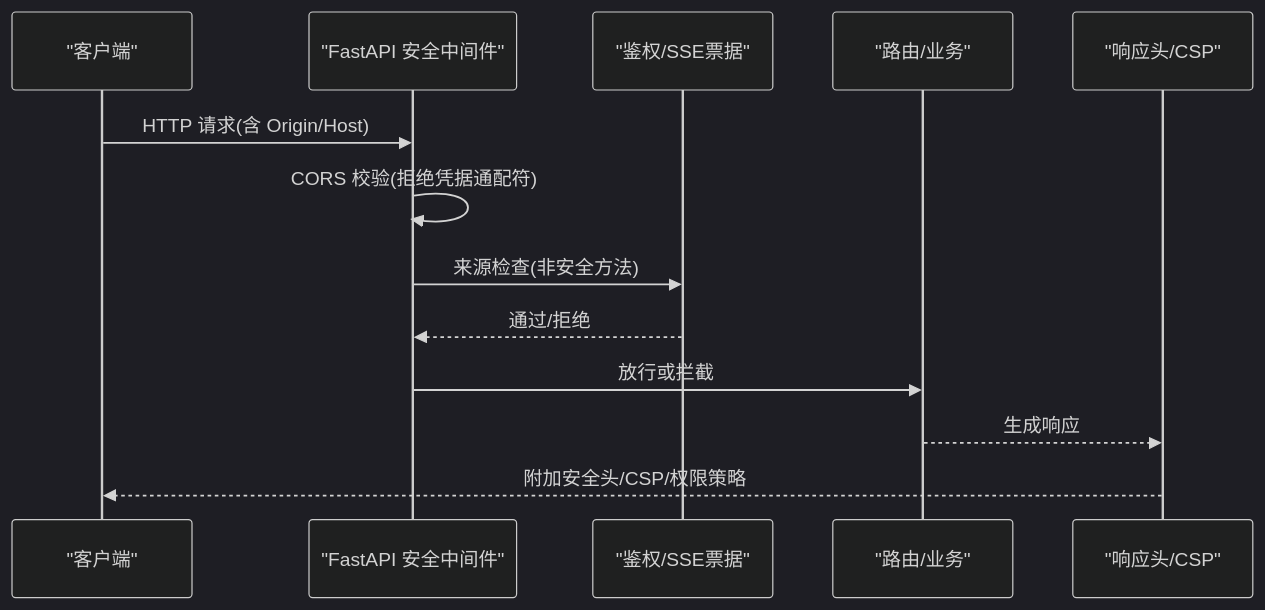
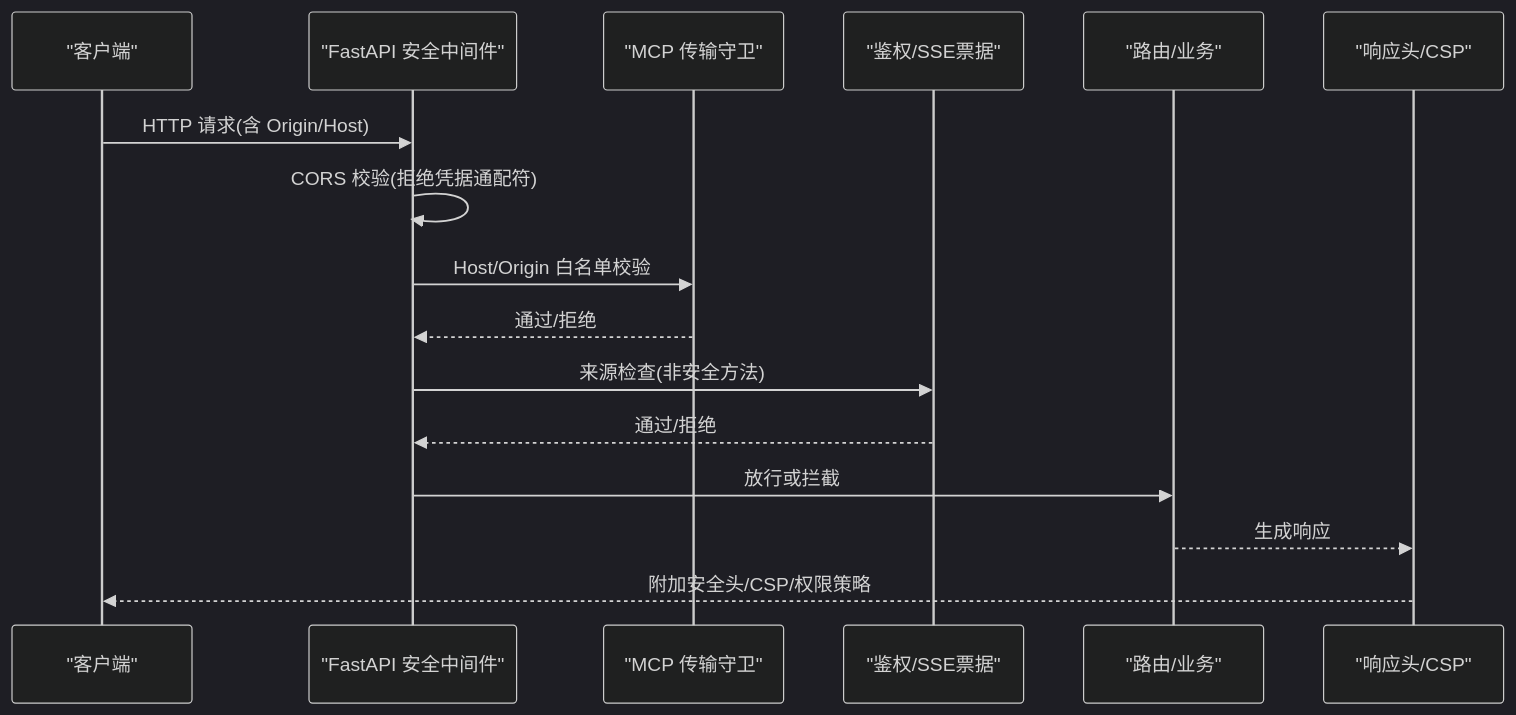
The second of 10 diagrams in .qoder/repowiki/zh/content/安全系统/网络安全防护.md (20012002er/Vibe-Trading), drawn with Mermaid (dark theme) before and after one commit. The commit also changed other lines of this file and 67 other files, not shown here.

````diff
--- a/.qoder/repowiki/zh/content/安全系统/网络安全防护.md
+++ b/.qoder/repowiki/zh/content/安全系统/网络安全防护.md
@@ -78,15 +93,18 @@
 ```mermaid
 sequenceDiagram
 participant Client as "客户端"
 participant API as "FastAPI 安全中间件"
+participant MCP as "MCP 传输守卫"
 participant Auth as "鉴权/SSE票据"
 participant Route as "路由/业务"
 participant Resp as "响应头/CSP"
 Client->>API : HTTP 请求(含 Origin/Host)
 API->>API : CORS 校验(拒绝凭据通配符)
+API->>MCP : Host/Origin 白名单校验
+MCP-->>API : 通过/拒绝
 API->>Auth : 来源检查(非安全方法)
 Auth-->>API : 通过/拒绝
 API->>Route : 放行或拦截
 Route-->>Resp : 生成响应
 Resp-->>Client : 附加安全头/CSP/权限策略
 ```
````
